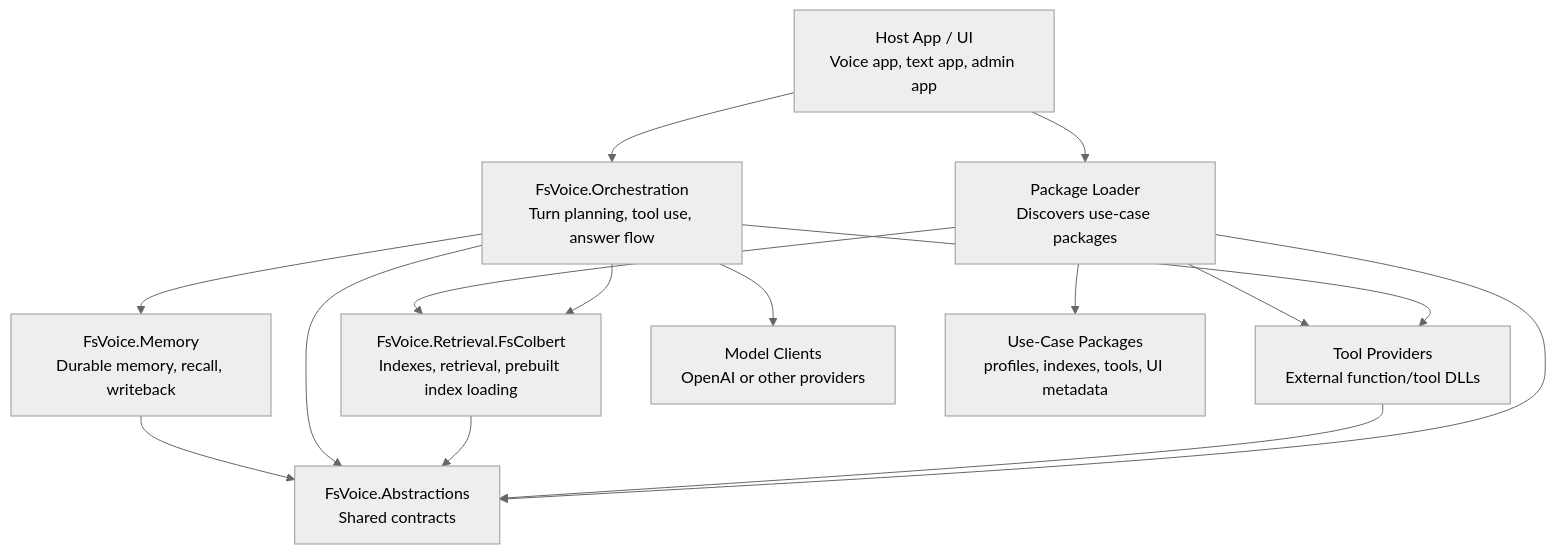
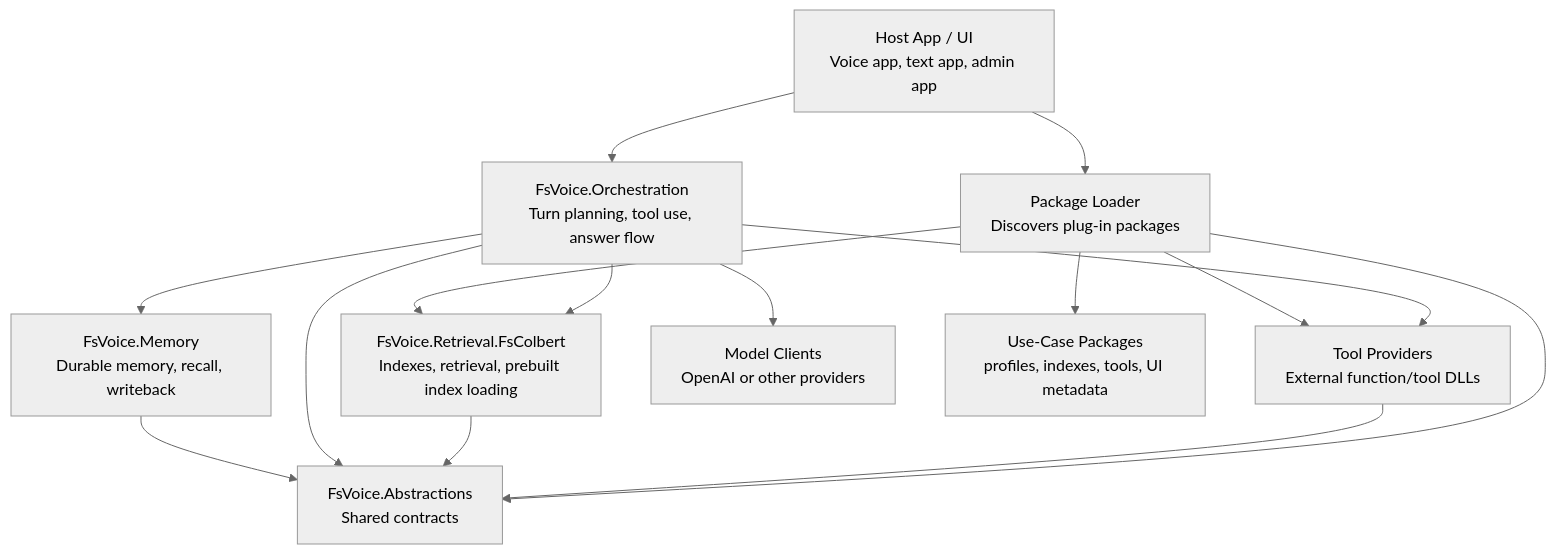
One commit to fwaris/FsVoice changed the diagram in diagrams/model1.mmd. Above: the diagram before and after it, drawn with Mermaid (neutral theme). The commit also changed 75 other files, not shown here.

Commit message:
Evolve FsVoice platform architecture

```diff
--- a/diagrams/model1.mmd
+++ b/diagrams/model1.mmd
@@ -1,26 +1,26 @@
 flowchart TB
     Host["Host App / UI\nVoice app, text app, admin app"]
-    PackageLoader["Package Loader\nDiscovers use-case packages"]
+    PackageLoader["Package Loader\nDiscovers plug-in packages"]
     Orchestrator["FsVoice.Orchestration\nTurn planning, tool use, answer flow"]
     Memory["FsVoice.Memory\nDurable memory, recall, writeback"]
     Abstractions["FsVoice.Abstractions\nShared contracts"]
     Retrieval["FsVoice.Retrieval.FsColbert\nIndexes, retrieval, prebuilt index loading"]
     Tools["Tool Providers\nExternal function/tool DLLs"]
     Models["Model Clients\nOpenAI or other providers"]
     Packages["Use-Case Packages\nprofiles, indexes, tools, UI metadata"]
 
     Host --> PackageLoader
     PackageLoader --> Packages
     PackageLoader --> Retrieval
     PackageLoader --> Tools
     Host --> Orchestrator
     Orchestrator --> Memory
     Orchestrator --> Retrieval
     Orchestrator --> Tools
     Orchestrator --> Models
 
     Memory --> Abstractions
     Orchestrator --> Abstractions
     Retrieval --> Abstractions
     Tools --> Abstractions
     PackageLoader --> Abstractions
```
